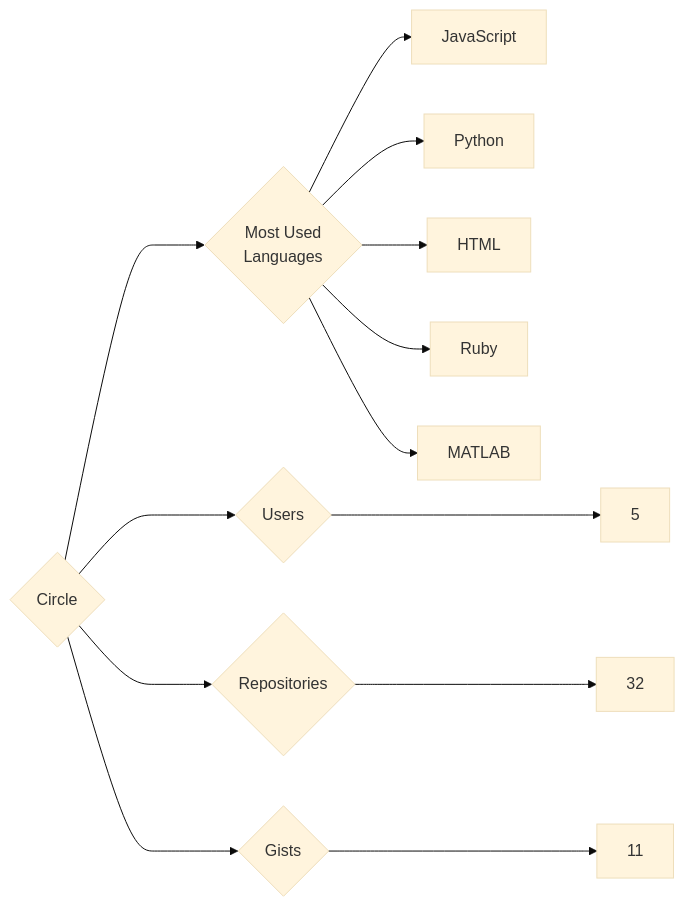
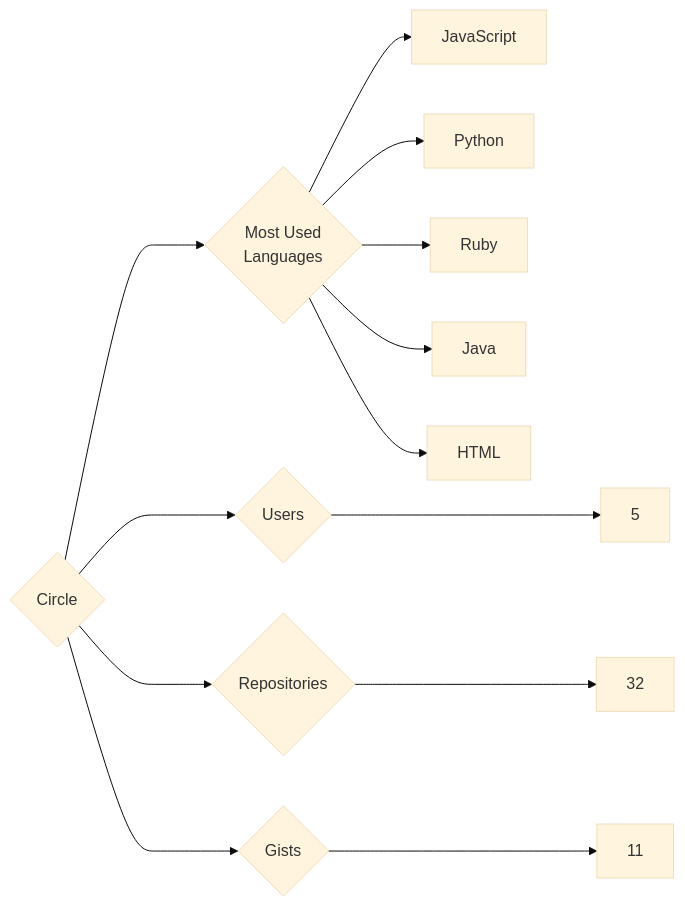
The diagram in targets/Circle/README.md (trickest/insiders), drawn with Mermaid (base theme) before and after one commit. The commit also changed 640 other files, not shown here.

````diff
--- a/targets/Circle/README.md
+++ b/targets/Circle/README.md
@@ -3,13 +3,13 @@
 ```mermaid
 graph LR
 COMPANY_NAME{Circle}
 COMPANY_NAME ---> U{Users} ---> UN[5]
 COMPANY_NAME ---> R{Repositories} ---> RN[32]
 COMPANY_NAME ---> G{Gists} ---> GN[11]
 COMPANY_NAME ---> ML{Most Used<br>Languages}
 ML --> JavaScript[JavaScript]
 ML --> Python[Python]
+ML --> Ruby[Ruby]
+ML --> Java[Java]
 ML --> HTML[HTML]
-ML --> Ruby[Ruby]
-ML --> MATLAB[MATLAB]
 ```
````
